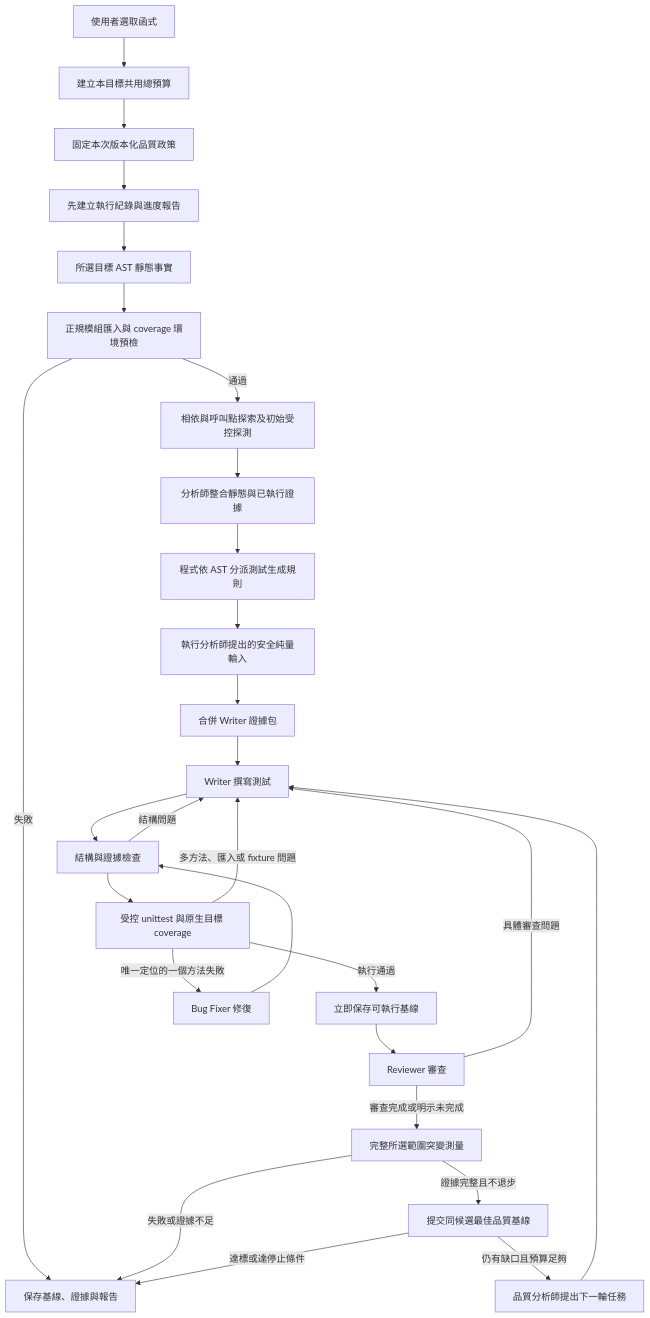
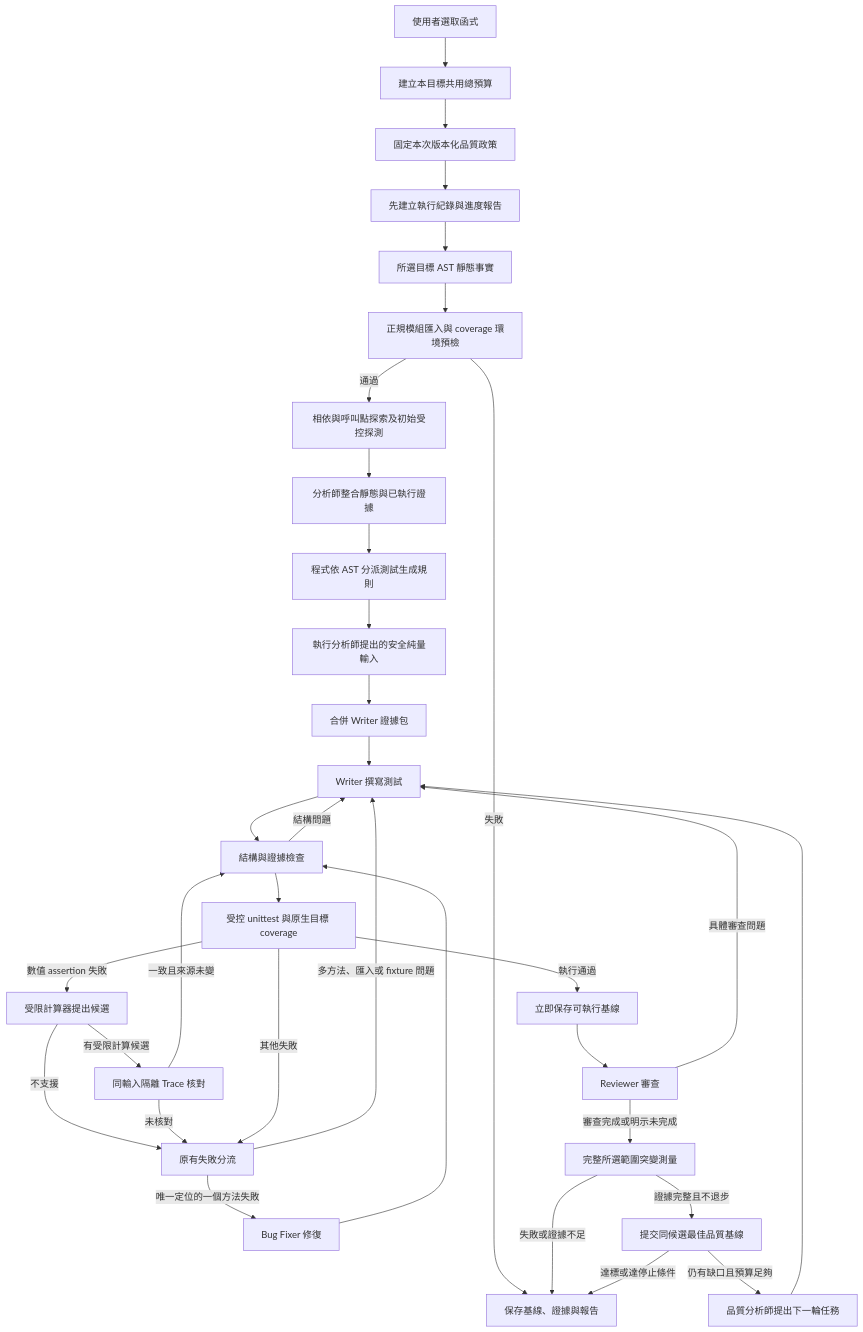
The diagram in ARCHITECTURE.md (Lane921129/vscode_llm_unit_test), drawn with Mermaid before and after one commit. The commit also changed other lines of this file and 14 other files, not shown here.

````diff
--- a/ARCHITECTURE.md
+++ b/ARCHITECTURE.md
@@ -35,30 +41,36 @@
 ```mermaid
 flowchart TD
     UI[使用者選取函式] --> Budget[建立本目標共用總預算]
     Budget --> Policy[固定本次版本化品質政策]
     Policy --> Journal[先建立執行紀錄與進度報告]
     Journal --> Static[所選目標 AST 靜態事實]
     Static --> Preflight[正規模組匯入與 coverage 環境預檢]
     Preflight -->|失敗| Report[保存基線、證據與報告]
     Preflight -->|通過| InitialProbe[相依與呼叫點探索及初始受控探測]
     InitialProbe --> Analyst[分析師整合靜態與已執行證據]
     Analyst --> Rules[程式依 AST 分派測試生成規則]
     Rules --> SupplementalProbe[執行分析師提出的安全純量輸入]
     SupplementalProbe --> Bundle[合併 Writer 證據包]
     Bundle --> Writer[Writer 撰寫測試]
     Writer --> Structure[結構與證據檢查]
     Structure --> Validation[受控 unittest 與原生目標 coverage]
     Validation -->|執行通過| Checkpoint[立即保存可執行基線]
     Checkpoint --> Reviewer[Reviewer 審查]
     Reviewer -->|具體審查問題| Writer
     Structure -->|結構問題| Writer
-    Validation -->|唯一定位的一個方法失敗| Fixer[Bug Fixer 修復]
-    Validation -->|多方法、匯入或 fixture 問題| Writer
+    Validation -->|數值 assertion 失敗| Calculator[受限計算器提出候選]
+    Calculator -->|有受限計算候選| ExactTrace[同輸入隔離 Trace 核對]
+    Calculator -->|不支援| Repair[原有失敗分流]
+    ExactTrace -->|一致且來源未變| Structure
+    ExactTrace -->|未核對| Repair
+    Validation -->|其他失敗| Repair
+    Repair -->|唯一定位的一個方法失敗| Fixer[Bug Fixer 修復]
+    Repair -->|多方法、匯入或 fixture 問題| Writer
     Fixer --> Structure
     Reviewer -->|審查完成或明示未完成| Quality[完整所選範圍突變測量]
     Quality -->|證據完整且不退步| QualityCheckpoint[提交同候選最佳品質基線]
     Quality -->|失敗或證據不足| Report
     QualityCheckpoint -->|仍有缺口且預算足夠| QualityAnalyst[品質分析師提出下一輪任務]
     QualityAnalyst --> Writer
     QualityCheckpoint -->|達標或達停止條件| Report
 ```
````
